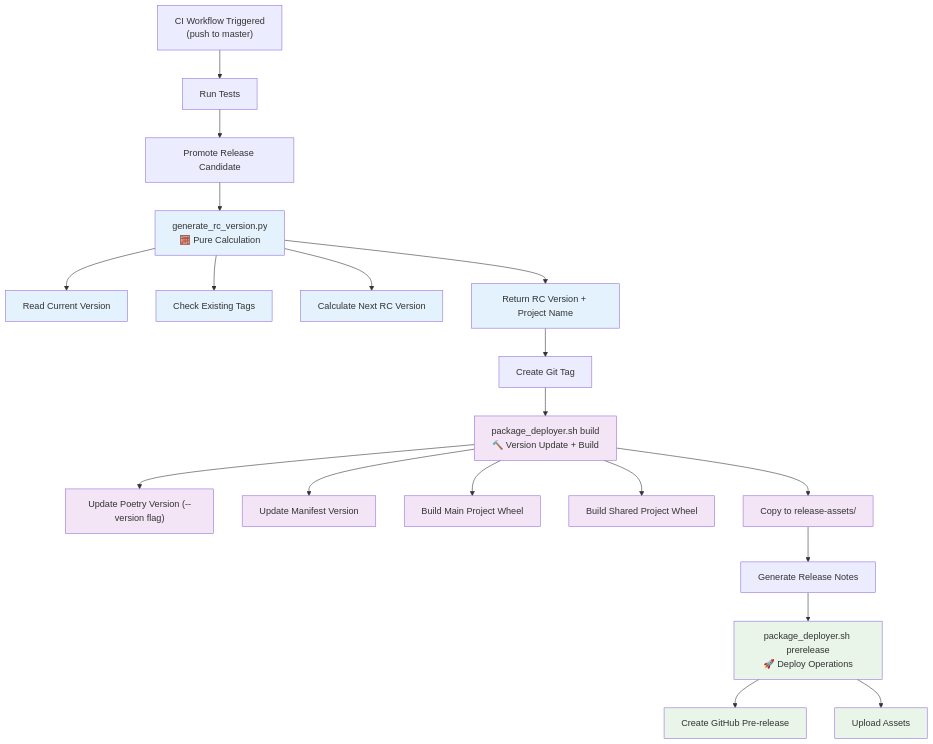
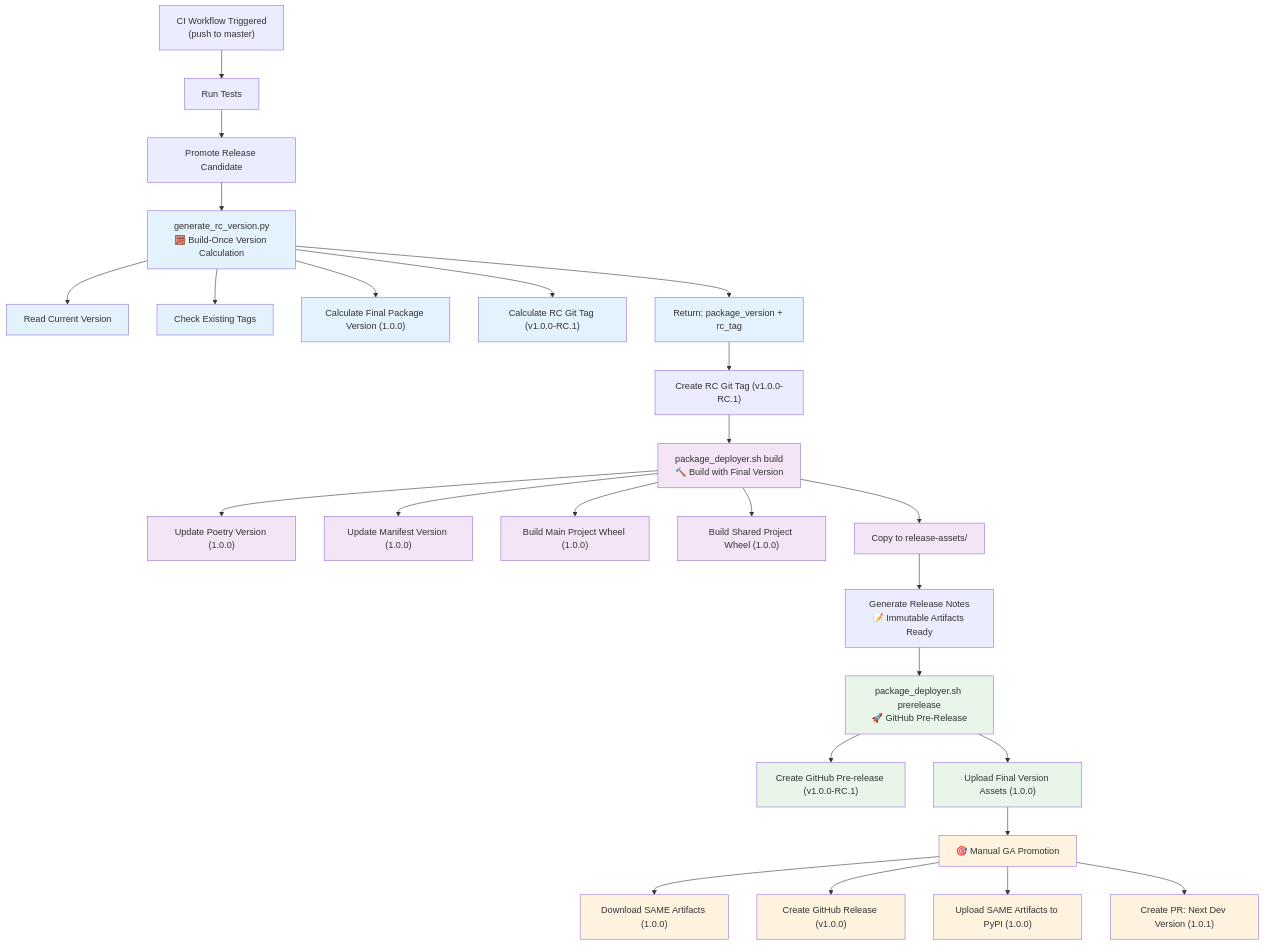
The diagram in docs/ci-promote-version.md (ZachiNachshon/provisioner), drawn with Mermaid before and after one commit. The commit also changed other lines of this file and 3 other files, not shown here.

Commit message:
feat: implement build-once, promote-many release approach - Build packages with final version, use RC suffix only in git tags - Eliminate version contradictions and artifact rebuilding - Update workflows for true artifact immutability

````diff
--- a/docs/ci-promote-version.md
+++ b/docs/ci-promote-version.md
@@ -1,43 +1,57 @@
 ```mermaid
 graph TD
     A["CI Workflow Triggered<br/>(push to master)"] --> B["Run Tests"]
     B --> C["Promote Release Candidate"]
     
-    C --> D["generate_rc_version.py<br/>🧮 Pure Calculation"]
+    C --> D["generate_rc_version.py<br/>🧮 Build-Once Version Calculation"]
     D --> D1["Read Current Version"]
     D --> D2["Check Existing Tags"]
-    D --> D3["Calculate Next RC Version"]
-    D --> D4["Return RC Version + Project Name"]
+    D --> D3["Calculate Final Package Version (1.0.0)"]
+    D --> D4["Calculate RC Git Tag (v1.0.0-RC.1)"]
+    D --> D5["Return: package_version + rc_tag"]
     
-    D4 --> E["Create Git Tag"]
-    E --> F["package_deployer.sh build<br/>🔨 Version Update + Build"]
-    F --> F1["Update Poetry Version (--version flag)"]
-    F --> F2["Update Manifest Version"]
-    F --> F3["Build Main Project Wheel"]
-    F --> F4["Build Shared Project Wheel"]
+    D5 --> E["Create RC Git Tag (v1.0.0-RC.1)"]
+    E --> F["package_deployer.sh build<br/>🔨 Build with Final Version"]
+    F --> F1["Update Poetry Version (1.0.0)"]
+    F --> F2["Update Manifest Version (1.0.0)"]
+    F --> F3["Build Main Project Wheel (1.0.0)"]
+    F --> F4["Build Shared Project Wheel (1.0.0)"]
     F --> F5["Copy to release-assets/"]
     
-    F5 --> G["Generate Release Notes"]
-    G --> H["package_deployer.sh prerelease<br/>🚀 Deploy Operations"]
-    H --> H1["Create GitHub Pre-release"]
-    H --> H2["Upload Assets"]
+    F5 --> G["Generate Release Notes<br/>📝 Immutable Artifacts Ready"]
+    G --> H["package_deployer.sh prerelease<br/>🚀 GitHub Pre-Release"]
+    H --> H1["Create GitHub Pre-release (v1.0.0-RC.1)"]
+    H --> H2["Upload Final Version Assets (1.0.0)"]
+    
+    H2 --> I["🎯 Manual GA Promotion"]
+    I --> I1["Download SAME Artifacts (1.0.0)"]
+    I --> I2["Create GitHub Release (v1.0.0)"]
+    I --> I3["Upload SAME Artifacts to PyPI (1.0.0)"]
+    I --> I4["Create PR: Next Dev Version (1.0.1)"]
     
     style D fill:#e3f2fd
     style F fill:#f3e5f5
     style H fill:#e8f5e8
+    style I fill:#fff3e0
     style D1 fill:#e3f2fd
     style D2 fill:#e3f2fd
     style D3 fill:#e3f2fd
     style D4 fill:#e3f2fd
+    style D5 fill:#e3f2fd
     style F1 fill:#f3e5f5
     style F2 fill:#f3e5f5
     style F3 fill:#f3e5f5
     style F4 fill:#f3e5f5
     style F5 fill:#f3e5f5
     style H1 fill:#e8f5e8
     style H2 fill:#e8f5e8
+    style I1 fill:#fff3e0
+    style I2 fill:#fff3e0
+    style I3 fill:#fff3e0
+    style I4 fill:#fff3e0
     
     classDef readOnly fill:#e3f2fd,stroke:#1976d2
     classDef buildOps fill:#f3e5f5,stroke:#7b1fa2
     classDef deployOps fill:#e8f5e8,stroke:#388e3c
+    classDef promoteOps fill:#fff3e0,stroke:#f57c00
 ```
````
